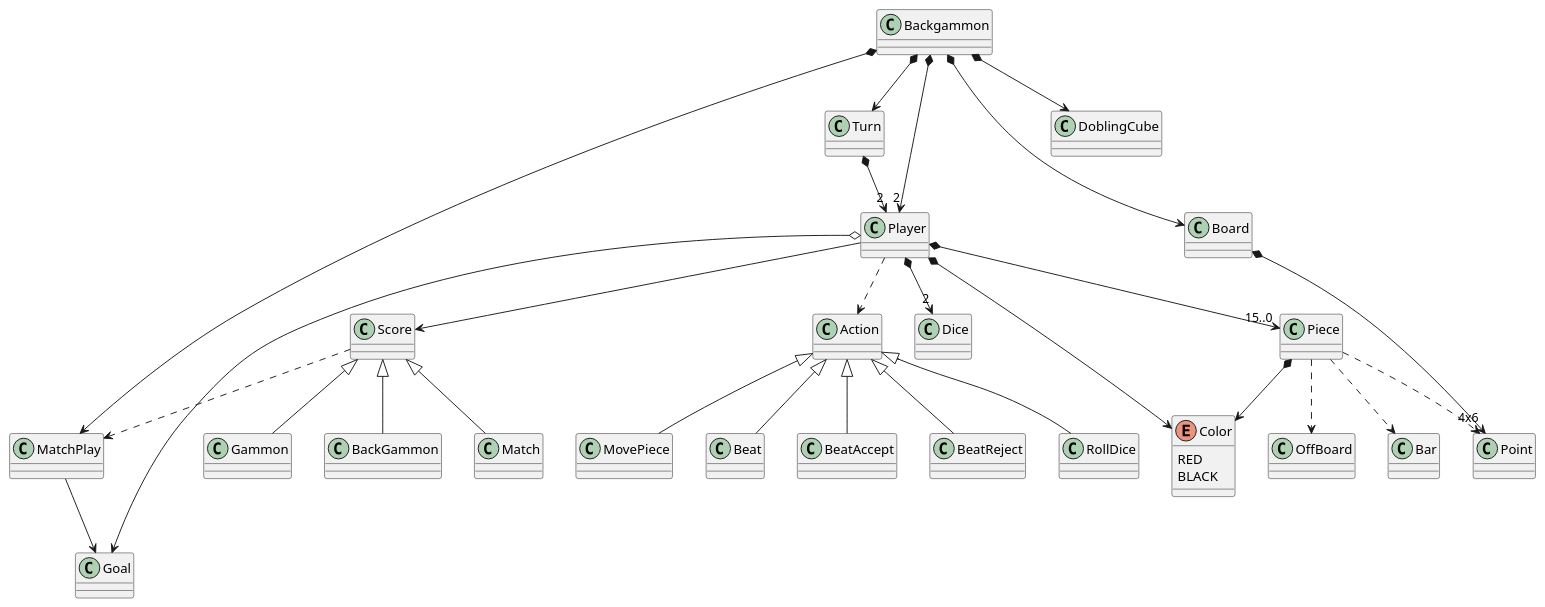
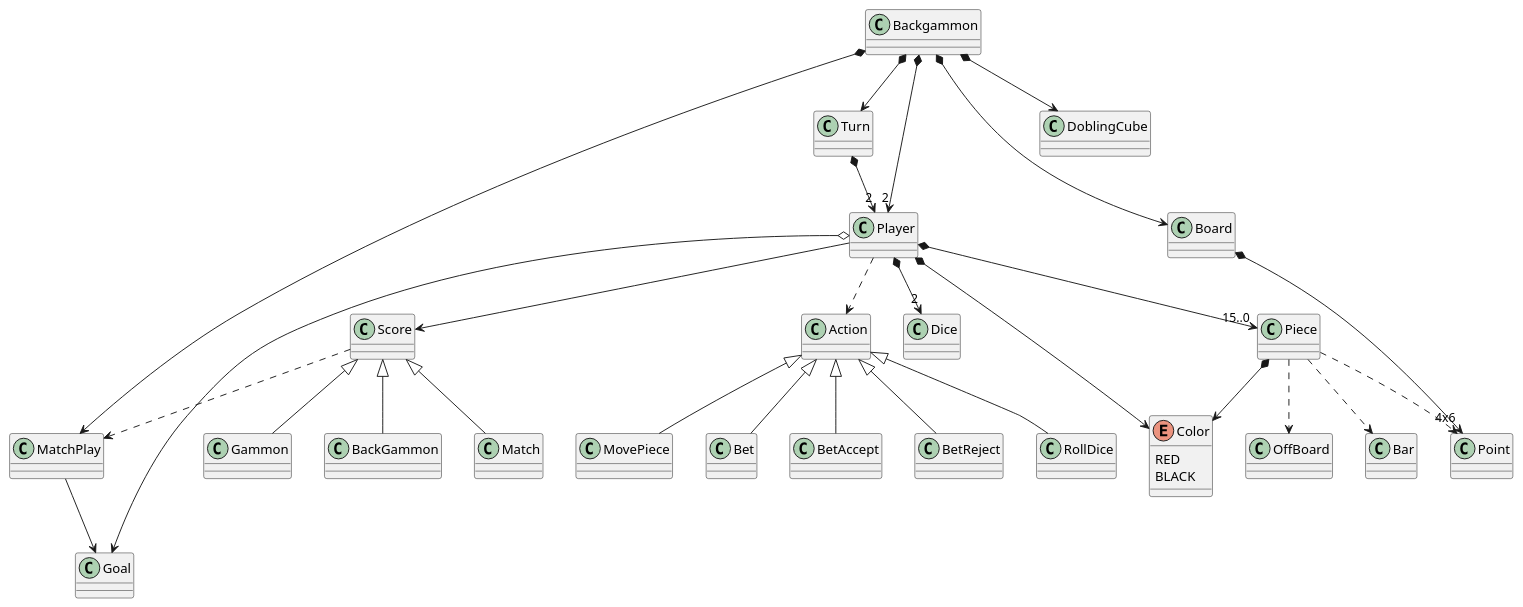
The diagram in domain_model/domain_model.puml (USantaTecla-game-backgammon/backgammon), drawn with PlantUML before and after one commit.

Commit message:
Fix typo error, change beat by bet

```diff
--- a/domain_model/domain_model.puml
+++ b/domain_model/domain_model.puml
@@ -1,75 +1,75 @@
 @startuml
 class Backgammon{}
 
 class Board{}
 
 class OffBoard{}
 
 
 class Point {}
 
 class Piece{}
 
 enum Color{
   RED
   BLACK
 }
 
 class Goal{}
 
 class Bar{}
 
 class MatchPlay{}
 
 class Turn{}
 
 class Player{}
 
 class Dice{}
 
 class DoblingCube{}
 
 class Match{}
 
 class Gammon{}
 
 class BackGammon{}
 
 class Score{}
 
 class Action {}
 class RollDice {}
 class MovePiece {}
-class Beat {}
-class BeatAccept {}
-class BeatReject {}
+class Bet {}
+class BetAccept {}
+class BetReject {}
 
 Player --> Score
 Score ..> MatchPlay
 MatchPlay --> Goal
 Match -up-|> Score
 Gammon -up-|> Score
 BackGammon -up-|> Score
 Backgammon *--> MatchPlay
 Backgammon *--> Board
 Backgammon *--> Turn
 Backgammon *--> DoblingCube
 Turn *--> "2" Player
 Backgammon *--> "2" Player
 Board *--> "4x6" Point
 Player *--> Color
 Piece *--> Color
 Piece ..> Point
 Piece ..> OffBoard
 Piece ..> Bar
 Player *--> "15..0" Piece
 Player *--> "2" Dice
 Player o--> Goal
 Player ..> Action
 
 Action <|-- RollDice
 Action <|-- MovePiece
-Action <|-- Beat
-Action <|-- BeatAccept
-Action <|-- BeatReject
+Action <|-- Bet
+Action <|-- BetAccept
+Action <|-- BetReject
 @enduml
```
